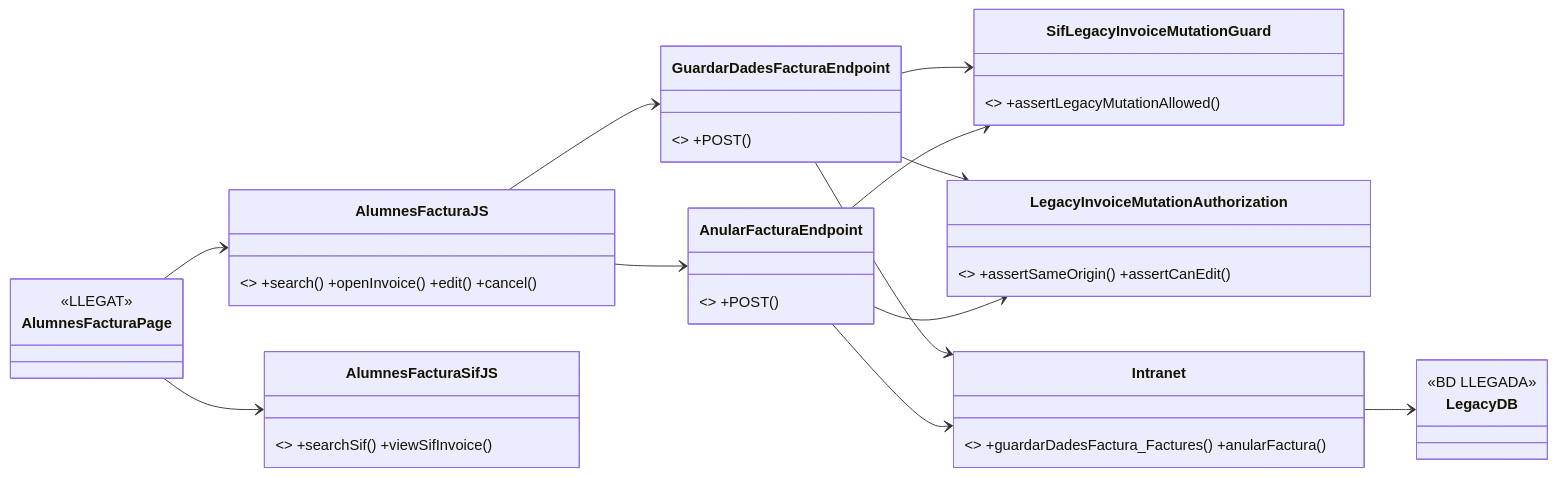
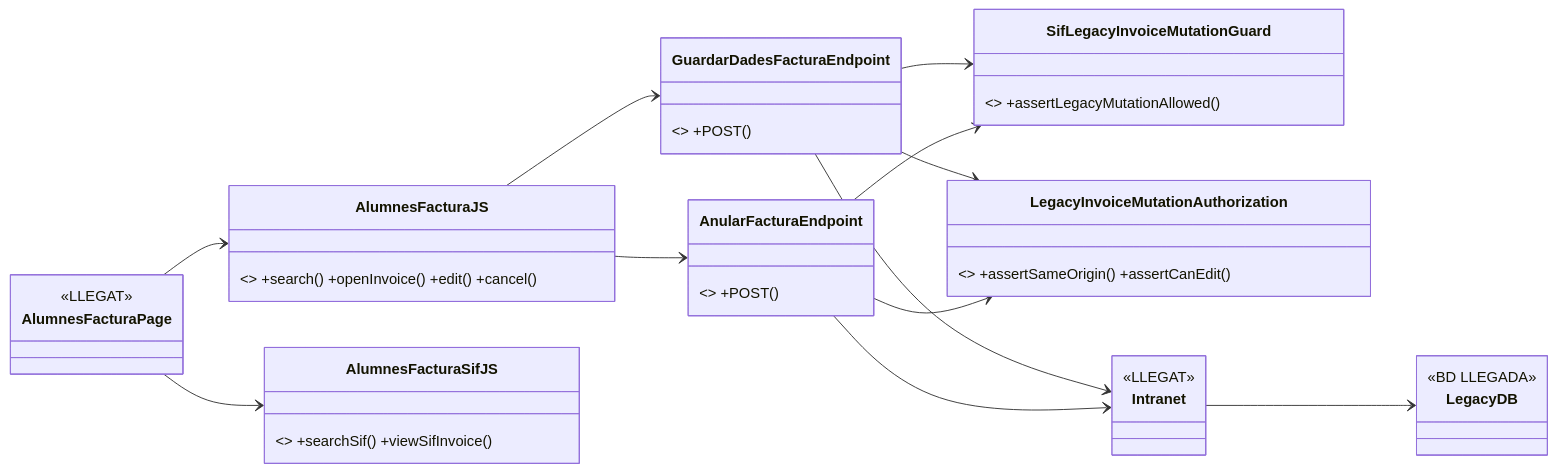
The first of 3 diagrams in documentacio/07-uml-integrat/uc-005-classes-actual-final.md (orgmeriemprismacat-del/verifactu), drawn with Mermaid before and after one commit. The commit also changed other lines of this file, not shown here.

````diff
--- a/documentacio/07-uml-integrat/uc-005-classes-actual-final.md
+++ b/documentacio/07-uml-integrat/uc-005-classes-actual-final.md
@@ -7,25 +8,25 @@
 ```mermaid
 classDiagram
 direction LR
 class AlumnesFacturaPage { <<LLEGAT>> }
 class AlumnesFacturaJS { <<LLEGAT>> +search() +openInvoice() +edit() +cancel() }
-class AlumnesFacturaSifJS { <<PARCIAL>> +searchSif() +viewSifInvoice() }
+class AlumnesFacturaSifJS { <<SIF READ-ONLY>> +searchSif() +viewSifInvoice() }
 class GuardarDadesFacturaEndpoint { <<LLEGAT HARDENED>> +POST() }
 class AnularFacturaEndpoint { <<LLEGAT HARDENED>> +POST() }
 class SifLegacyInvoiceMutationGuard { <<EXISTEIX>> +assertLegacyMutationAllowed() }
 class LegacyInvoiceMutationAuthorization { <<EXISTEIX>> +assertSameOrigin() +assertCanEdit() }
-class Intranet { <<LLEGAT>> +guardarDadesFactura_Factures() +anularFactura() }
+class Intranet { <<LLEGAT>> }
 class LegacyDB { <<BD LLEGADA>> }
 
 AlumnesFacturaPage --> AlumnesFacturaJS
 AlumnesFacturaPage --> AlumnesFacturaSifJS
 AlumnesFacturaJS --> GuardarDadesFacturaEndpoint
 AlumnesFacturaJS --> AnularFacturaEndpoint
 GuardarDadesFacturaEndpoint --> LegacyInvoiceMutationAuthorization
 GuardarDadesFacturaEndpoint --> SifLegacyInvoiceMutationGuard
 AnularFacturaEndpoint --> LegacyInvoiceMutationAuthorization
 AnularFacturaEndpoint --> SifLegacyInvoiceMutationGuard
 GuardarDadesFacturaEndpoint --> Intranet
 AnularFacturaEndpoint --> Intranet
 Intranet --> LegacyDB
 ```
````
